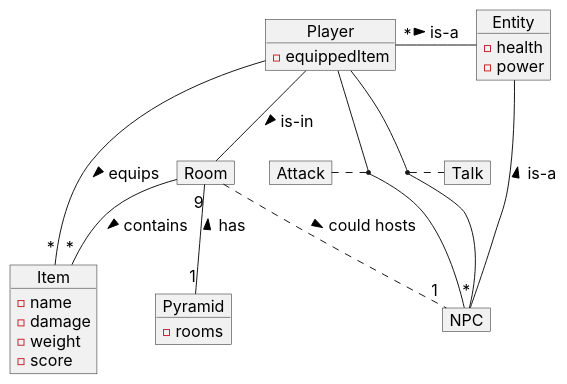
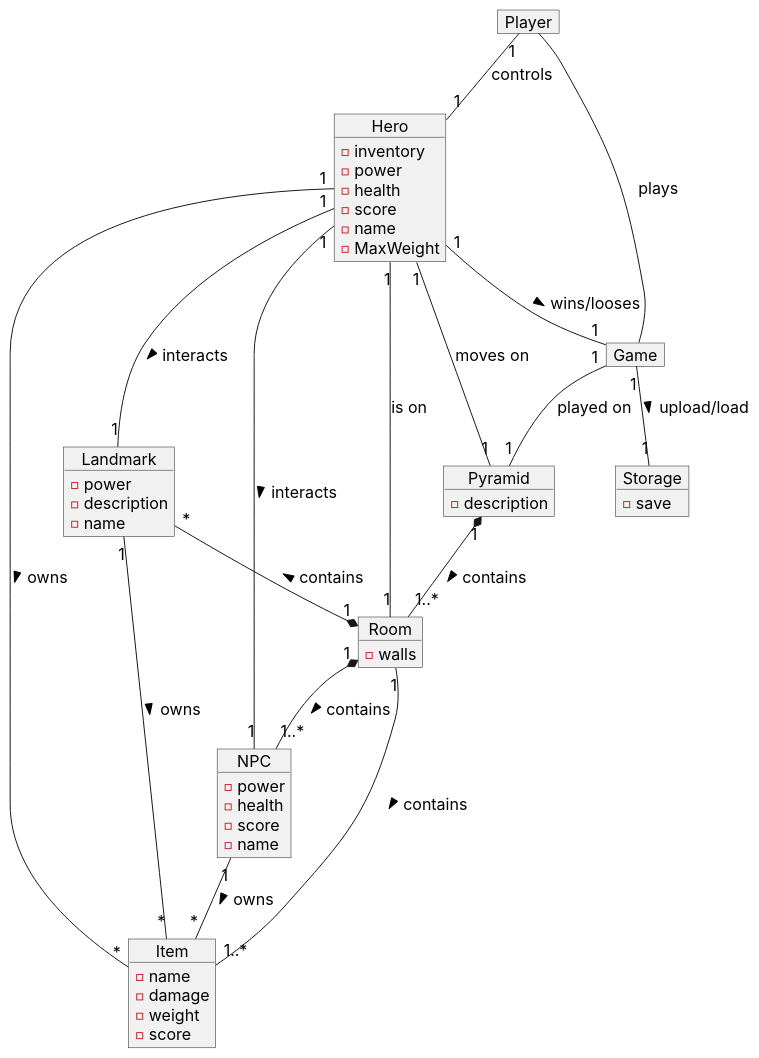
The diagram in plantuml/domain-model.plantuml (MarvinTheMoodLifter/escape-from-Dahshur), drawn with PlantUML before and after one commit.

```diff
--- a/plantuml/domain-model.plantuml
+++ b/plantuml/domain-model.plantuml
@@ -1,43 +1,64 @@
 @startuml Domain Model
 skinparam DefaultFontName Inter
 skinparam DefaultFontSize 16
 skinparam DefaultFontStyle bold
 skinparam ArrowThickness 1
 hide empty members
 
-object "Player" as Main_Character {
-  - equippedItem
+object "Hero" as Main_Character {
+  - inventory
+  - power
+  - health
+  - score
+  - name
+  -MaxWeight
 }
-object Entity {
-  - health
-  - power
+object Game{
 }
-object Attack
-object Talk
+object Storage{
+-save
+}
+object Player{
+}
+object Landmark{
+   -power
+   -description
+   -name
+}
+
 object Item {
   - name
   - damage 
   - weight 
   - score
 }
-object NPC 
+object NPC {
+  -power
+  -health
+  -score
+  -name
+}
 object Pyramid {
-  - rooms
+   - description
 }
-object Room 
-
-Entity -- "*" Main_Character : is-a <
-Entity -- "*" NPC : is-a <
-Main_Character -- Room : is-in >
-Main_Character -- "*" Item : equips >
-(Main_Character,NPC) .. Attack
-(Main_Character,NPC) .. Talk
-Room -- "*" Item : contains >
-Room .. "1" NPC : could hosts >
-Pyramid "1" -- "9" Room : has >
-
-Main_Character -[hidden]down- Room
-Entity -[hidden]left- Main_Character
-Pyramid -[hidden]up- Room
+object Room {
+   - walls
+}
+Room "1"-- "1..*" Item : contains >
+Pyramid "1"*--"1..*" Room: contains >
+Room "1"*-- "1..*" NPC : contains >
+Game "1"--"1" Pyramid: played on
+Main_Character "1"--"*" Item: owns >
+Landmark "*"--*"1" Room: contains <
+Main_Character "1" -- "1" Room: is on
+Player "1"--"1" Main_Character: controls
+Player -- Game: plays
+Main_Character "1"--"1" Pyramid: moves on
+Main_Character "1"--"1" Landmark: interacts >
+Main_Character "1"--"1" NPC: interacts >
+Main_Character "1"--"1" Game: wins/looses >
+NPC "1"--"*" Item: owns >
+Landmark "1"--"*" Item: owns >
+Game "1"--"1" Storage: upload/load >
 
 @enduml
```
